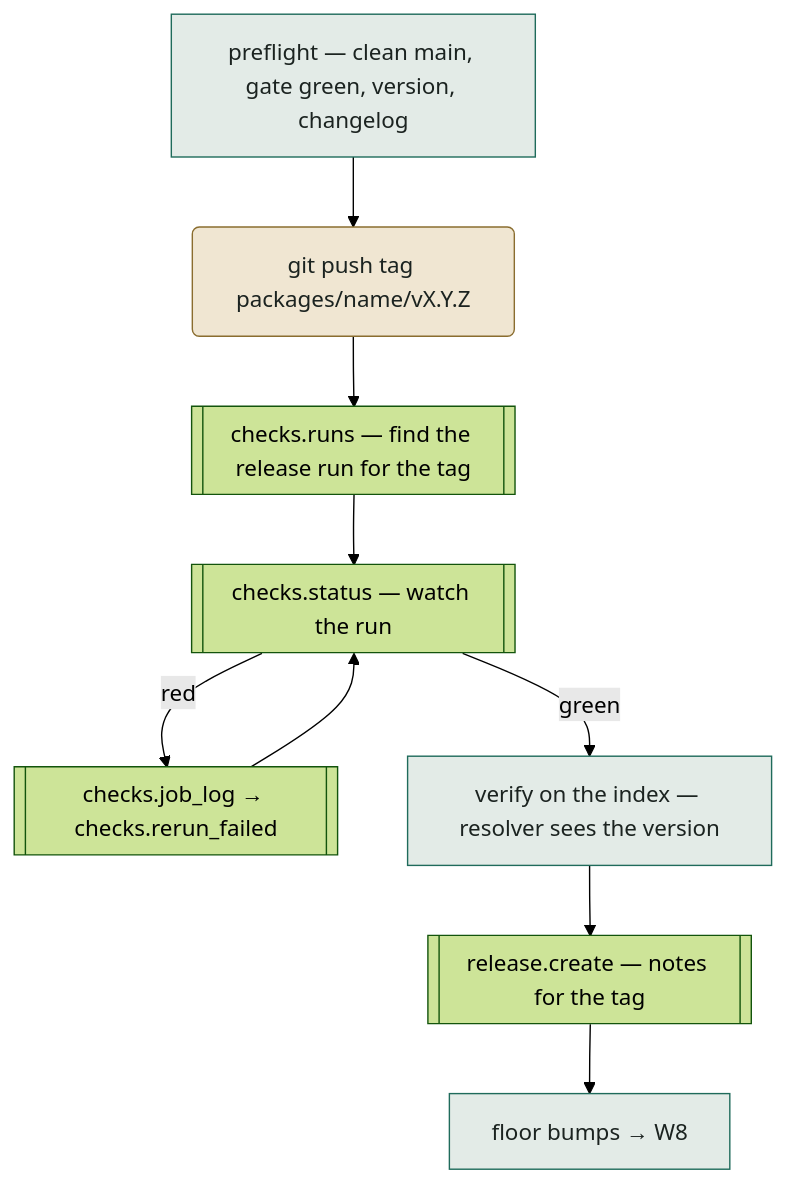
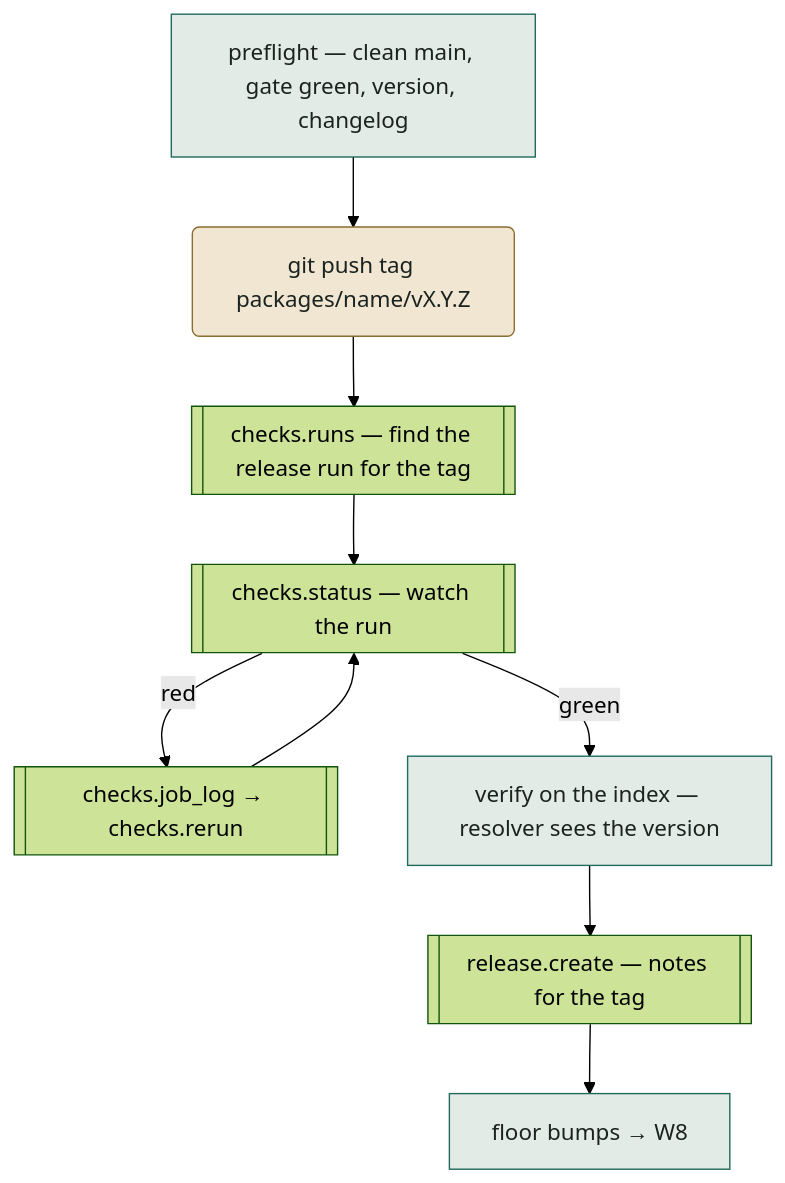
One commit to willemkokke/livery changed the third of 3 diagrams in notes/20260830-development-workflows.md. Above: the diagram before and after it, drawn with Mermaid (forest theme). The commit also changed other lines of this file and 20 other files, not shown here.

````diff
--- a/notes/20260830-development-workflows.md
+++ b/notes/20260830-development-workflows.md
@@ -152,15 +155,15 @@
 ```mermaid
 flowchart TD
   A[preflight — clean main, gate green, version, changelog] --> B(git push tag packages/name/vX.Y.Z)
   B --> C[["checks.runs — find the release run for the tag"]]
   C --> D[["checks.status — watch the run"]]
-  D -->|red| E[["checks.job_log → checks.rerun_failed"]]
+  D -->|red| E[["checks.job_log → checks.rerun"]]
   E --> D
   D -->|green| F[verify on the index — resolver sees the version]
   F --> G[["release.create — notes for the tag"]]
   G --> H[floor bumps → W8]
   classDef local fill:#E3EBE7,stroke:#1F6B5B,color:#1B2320
   classDef git fill:#F0E6D2,stroke:#8A6D2F,color:#1B2320
   class A,F,H local
   class B git
 ```
````
